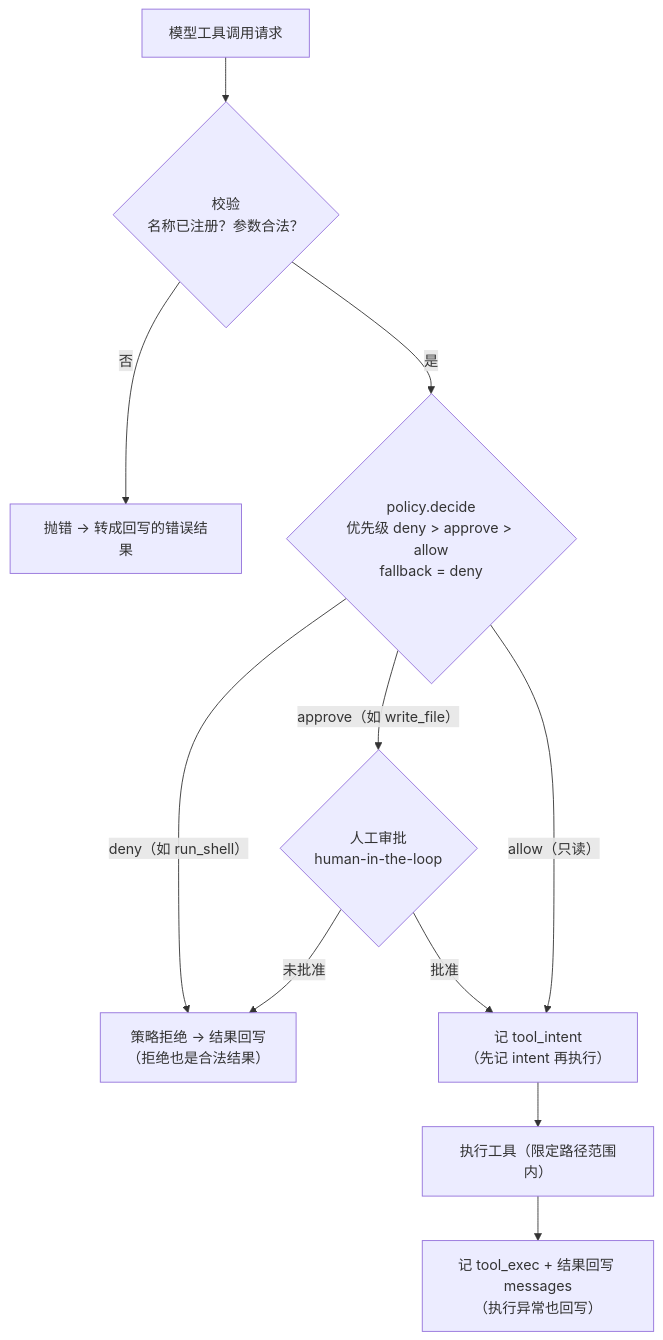
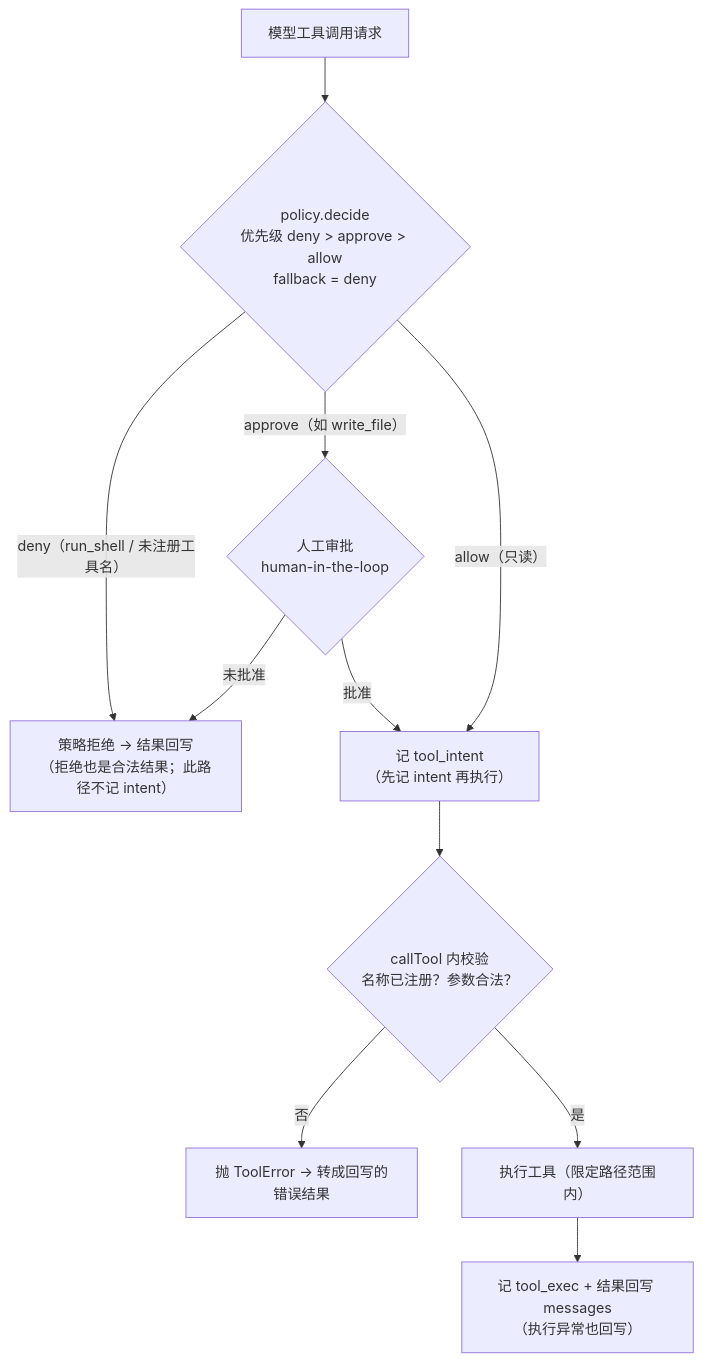
Before and after one commit to zo0043/learn-agent-harness: the third of 4 diagrams in notes/harness-from-scratch.md, drawn with Mermaid. The commit also changed other lines of this file and 65 other files, not shown here.

````diff
--- a/notes/harness-from-scratch.md
+++ b/notes/harness-from-scratch.md
@@ -128,13 +128,13 @@
 ```mermaid
 flowchart TD
-  TC["模型工具调用请求"] --> V{"校验<br/>名称已注册？参数合法？"}
-  V -->|"否"| ERR1["抛错 → 转成回写的错误结果"]
-  V -->|"是"| P{"policy.decide<br/>优先级 deny > approve > allow<br/>fallback = deny"}
-  P -->|"deny（如 run_shell）"| D["策略拒绝 → 结果回写<br/>（拒绝也是合法结果）"]
+  TC["模型工具调用请求"] --> P{"policy.decide<br/>优先级 deny > approve > allow<br/>fallback = deny"}
+  P -->|"deny（run_shell / 未注册工具名）"| D["策略拒绝 → 结果回写<br/>（拒绝也是合法结果；此路径不记 intent）"]
   P -->|"approve（如 write_file）"| A{"人工审批<br/>human-in-the-loop"}
   A -->|"未批准"| D
   A -->|"批准"| I["记 tool_intent<br/>（先记 intent 再执行）"]
   P -->|"allow（只读）"| I
-  I --> E["执行工具（限定路径范围内）"]
+  I --> V{"callTool 内校验<br/>名称已注册？参数合法？"}
+  V -->|"否"| ERR1["抛 ToolError → 转成回写的错误结果"]
+  V -->|"是"| E["执行工具（限定路径范围内）"]
   E --> WB["记 tool_exec + 结果回写 messages<br/>（执行异常也回写）"]
 ```
````
